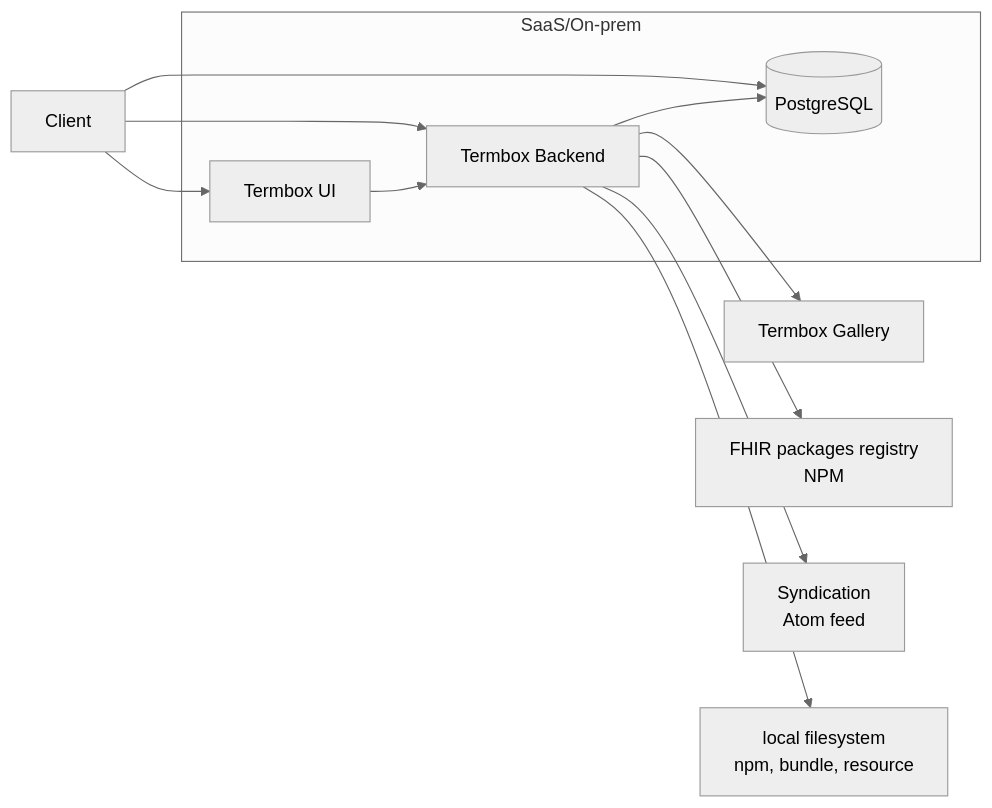
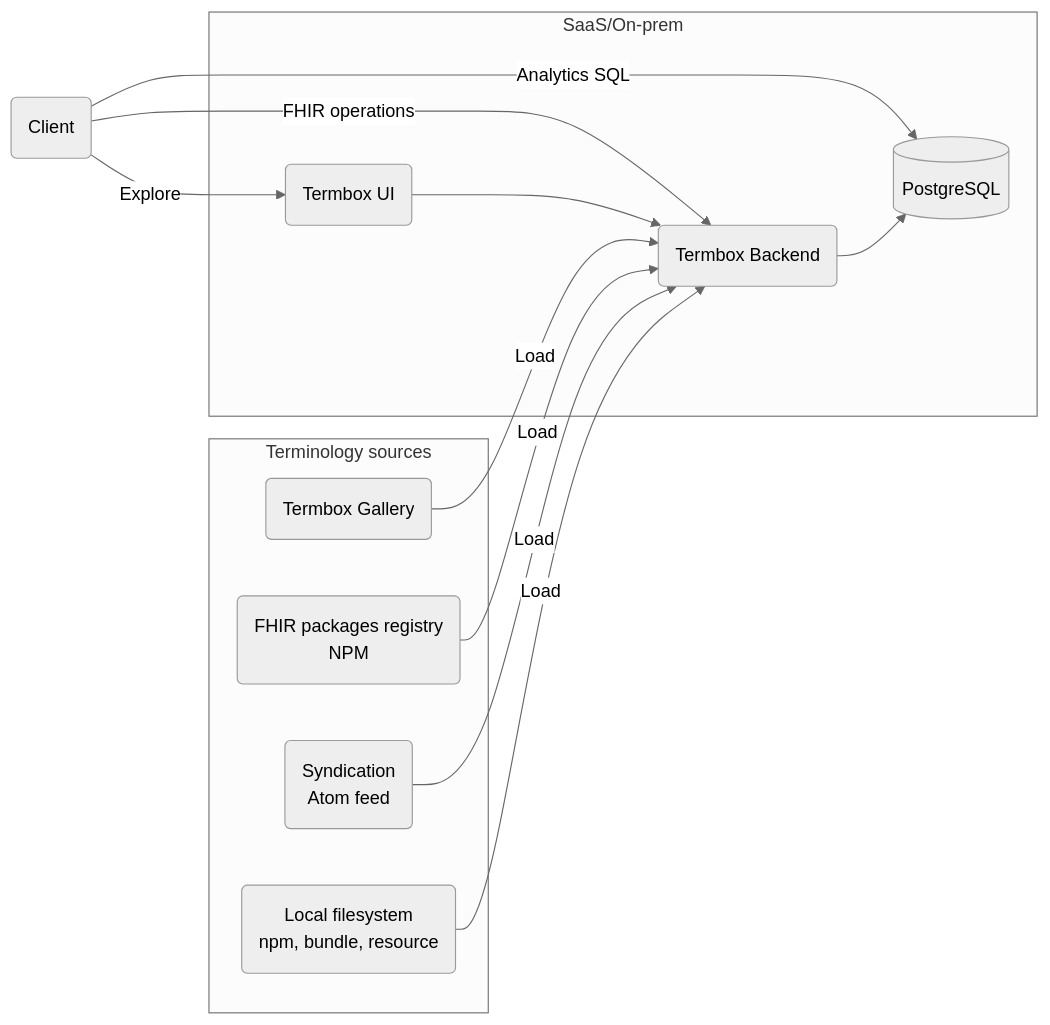
Before and after one commit to HealthSamurai/termbox-docs: the diagram in docs/architecture.md, drawn with Mermaid (neutral theme).

Commit message:
Improve architecture diagram styling

````diff
--- a/docs/architecture.md
+++ b/docs/architecture.md
@@ -7,27 +7,29 @@
 ```mermaid
-flowchart LR
-  client[Client]
+graph LR
+    client(Client):::blue2
 
-  subgraph deployment[SaaS/On-prem]
-    ui[Termbox UI]
-    backend[Termbox Backend]
-    pg[(PostgreSQL)]
+    subgraph deployment["SaaS/On-prem"]
+        ui(Termbox UI):::green2
+        backend(Termbox Backend):::red2
+        pg[(PostgreSQL)]:::neutral2
+    end
+
+    subgraph sources["Terminology sources"]
+        gallery(Termbox Gallery):::violet2
+        npm(FHIR packages registry<br/>NPM):::violet2
+        atom(Syndication<br/>Atom feed):::violet2
+        fs(Local filesystem<br/>npm, bundle, resource):::yellow2
+    end
+
+    client -->|Explore| ui
+    client -->|FHIR operations| backend
+    client -->|Analytics SQL| pg
 
     ui --> backend
     backend --> pg
-  end
 
-  gallery[Termbox Gallery]
-  npm[FHIR packages registry</br>NPM]
-  atom[Syndication</br>Atom feed]
-  fs[local filesystem</br>npm, bundle, resource]
-
-  client --> ui
-  client --> backend
-  client --> pg
-
-  backend --> gallery
-  backend --> npm
-  backend --> atom
-  backend --> fs
+    gallery -->|Load| backend
+    npm -->|Load| backend
+    atom -->|Load| backend
+    fs -->|Load| backend
 ```
````
